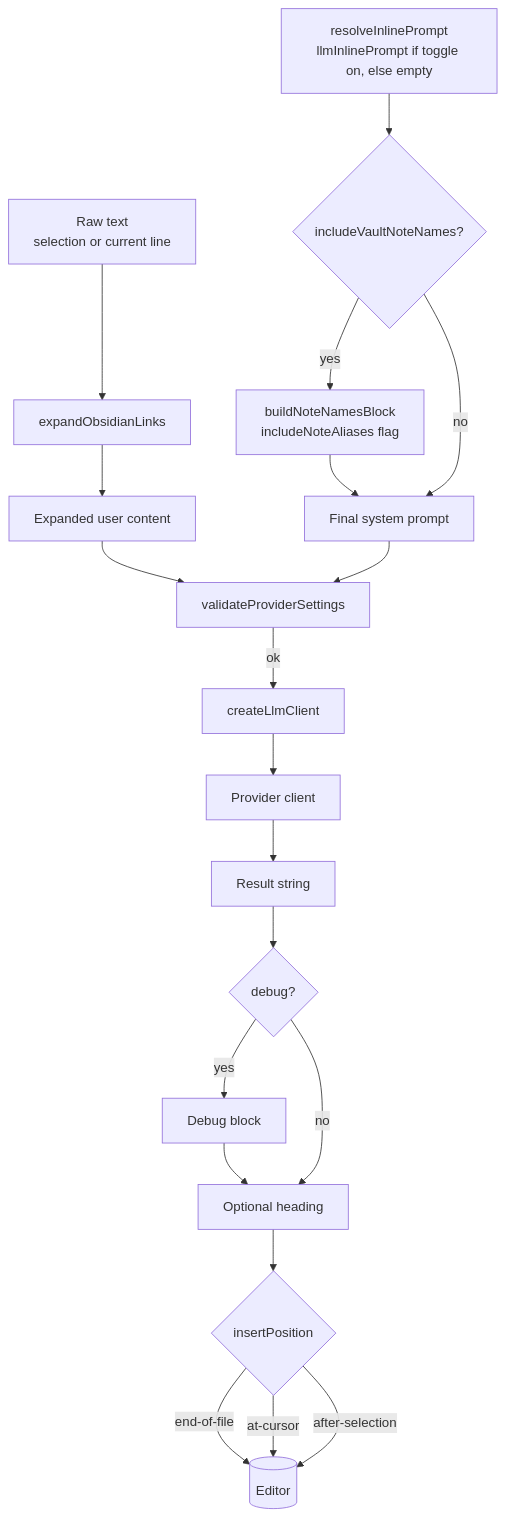
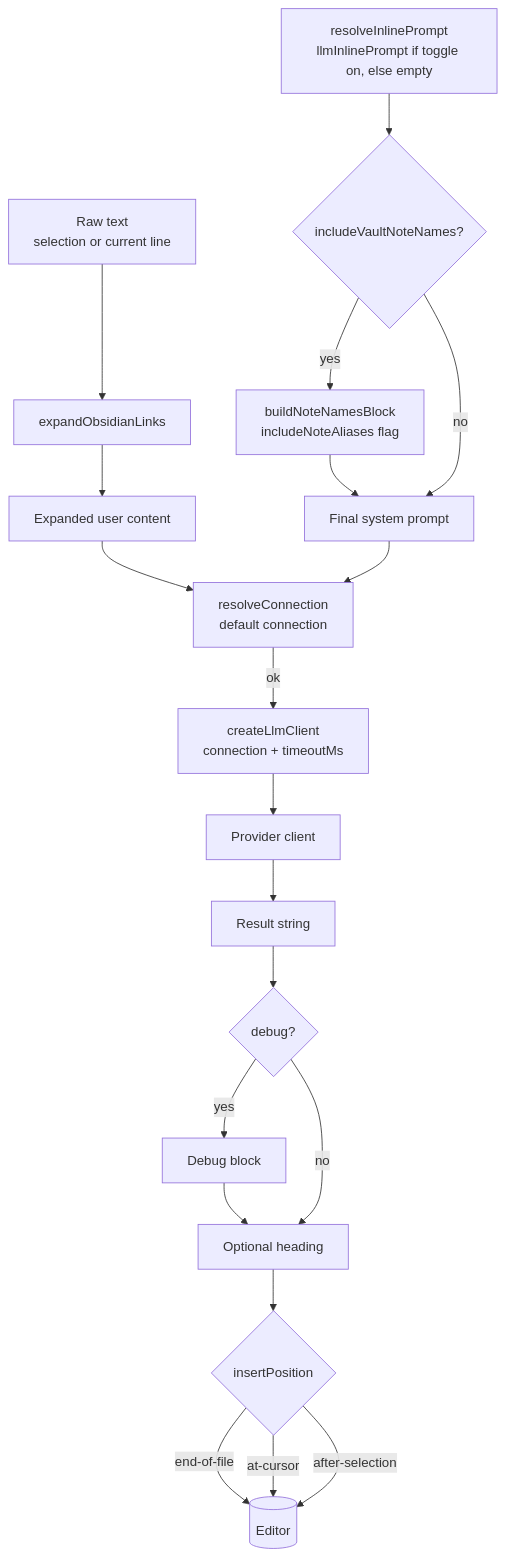
One commit to ibatura/obsidian-ask-any-ai changed the first of 2 diagrams in documentation/02-architecture/data-flow.md. Above: the diagram before and after it, drawn with Mermaid. The commit also changed other lines of this file and 23 other files, not shown here.

````diff
--- a/documentation/02-architecture/data-flow.md
+++ b/documentation/02-architecture/data-flow.md
@@ -7,41 +7,41 @@
 ```mermaid
 flowchart TD
   RawInput[Raw text<br/>selection or current line]
   WikilinkExp[expandObsidianLinks]
   ExpandedUser[Expanded user content]
 
   InlinePrompt[resolveInlinePrompt<br/>llmInlinePrompt if toggle on, else empty]
 
   NotesToggle{includeVaultNoteNames?}
   NotesBlock[buildNoteNamesBlock<br/>includeNoteAliases flag]
   FinalSystem[Final system prompt]
 
-  Validate[validateProviderSettings]
-  Factory[createLlmClient]
+  Resolve[resolveConnection<br/>default connection]
+  Factory[createLlmClient<br/>connection + timeoutMs]
   Client[Provider client]
   Result[Result string]
 
   Debug{debug?}
   DebugBlock[Debug block]
   Heading[Optional heading]
   Insertion{insertPosition}
   Editor[(Editor)]
 
   RawInput --> WikilinkExp --> ExpandedUser
 
   InlinePrompt --> NotesToggle
   NotesToggle -- yes --> NotesBlock --> FinalSystem
   NotesToggle -- no --> FinalSystem
 
-  ExpandedUser --> Validate
-  FinalSystem --> Validate
-  Validate -- ok --> Factory --> Client --> Result
+  ExpandedUser --> Resolve
+  FinalSystem --> Resolve
+  Resolve -- ok --> Factory --> Client --> Result
 
   Result --> Debug
   Debug -- yes --> DebugBlock --> Heading
   Debug -- no --> Heading
   Heading --> Insertion
   Insertion -- end-of-file --> Editor
   Insertion -- at-cursor --> Editor
   Insertion -- after-selection --> Editor
 ```
````
